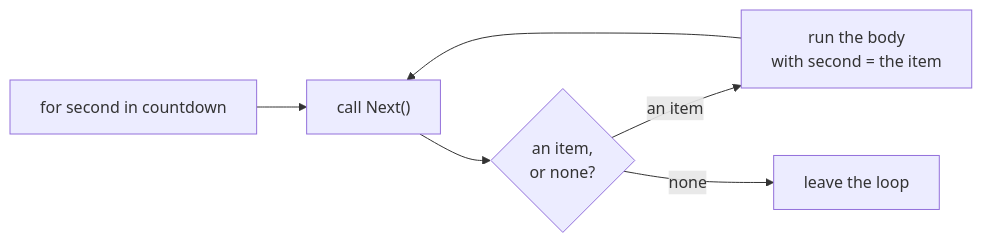
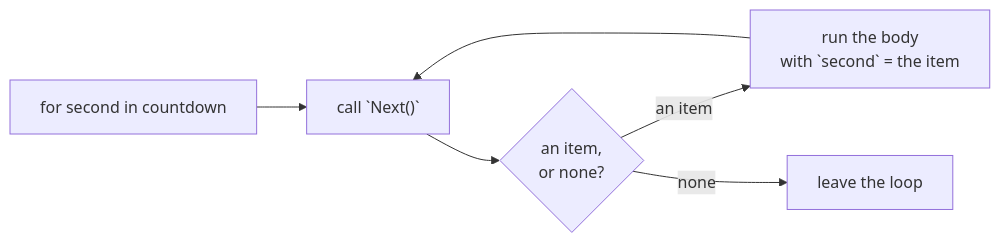
One commit to rux-lang/Web changed the diagram in content/docs/1.learn/12.interfaces/11.iterator.md. Above: the diagram before and after it, drawn with Mermaid. The commit also changed 187 other files, not shown here.

First line of the commit message:
Draw the Learn diagrams for phones, with code in the mono face

````diff
--- a/content/docs/1.learn/12.interfaces/11.iterator.md
+++ b/content/docs/1.learn/12.interfaces/11.iterator.md
@@ -70,8 +70,8 @@
 ```mermaid
 flowchart LR
-    start["for second in countdown"] --> next["call Next()"]
+    start["`for second in countdown`"] --> next["call `Next()`"]
     next --> q{"an item,<br/>or none?"}
-    q -- "an item" --> body["run the body<br/>with second = the item"]
+    q -- "an item" --> body["run the body<br/>with `second` = the item"]
     body --> next
     q -- "none" --> done["leave the loop"]
 ```
````
